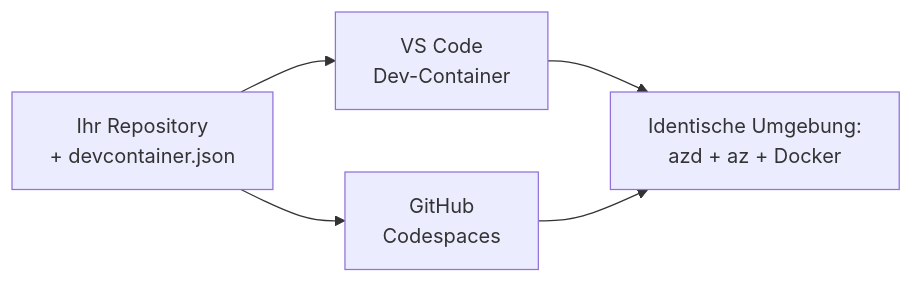
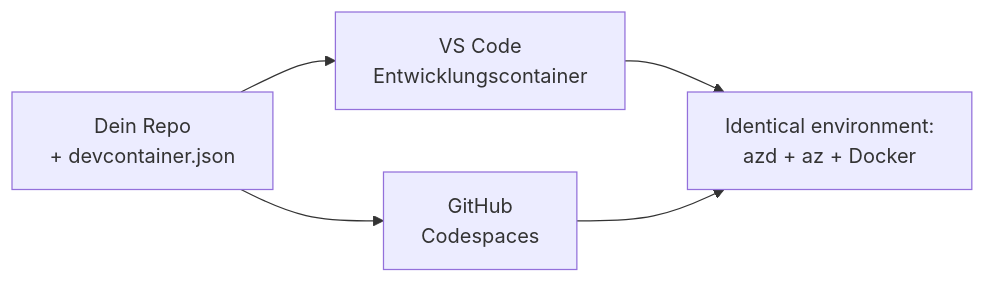
One commit to microsoft/AZD-for-beginners changed the diagram in translations/de/docs/chapter-01-foundation/dev-containers.md. Above: the diagram before and after it, drawn with Mermaid. The commit also changed other lines of this file and 59 other files, not shown here.

````diff
--- a/translations/de/docs/chapter-01-foundation/dev-containers.md
+++ b/translations/de/docs/chapter-01-foundation/dev-containers.md
@@ -41,7 +41,7 @@
 ```mermaid
 graph LR
-    Repo[Ihr Repository<br/>+ devcontainer.json] --> VSCode[VS Code<br/>Dev-Container]
+    Repo[Dein Repo<br/>+ devcontainer.json] --> VSCode[VS Code<br/>Entwicklungscontainer]
     Repo --> Codespaces[GitHub<br/>Codespaces]
-    VSCode --> Env[Identische Umgebung:<br/>azd + az + Docker]
+    VSCode --> Env[Identical environment:<br/>azd + az + Docker]
     Codespaces --> Env
 ```
````
